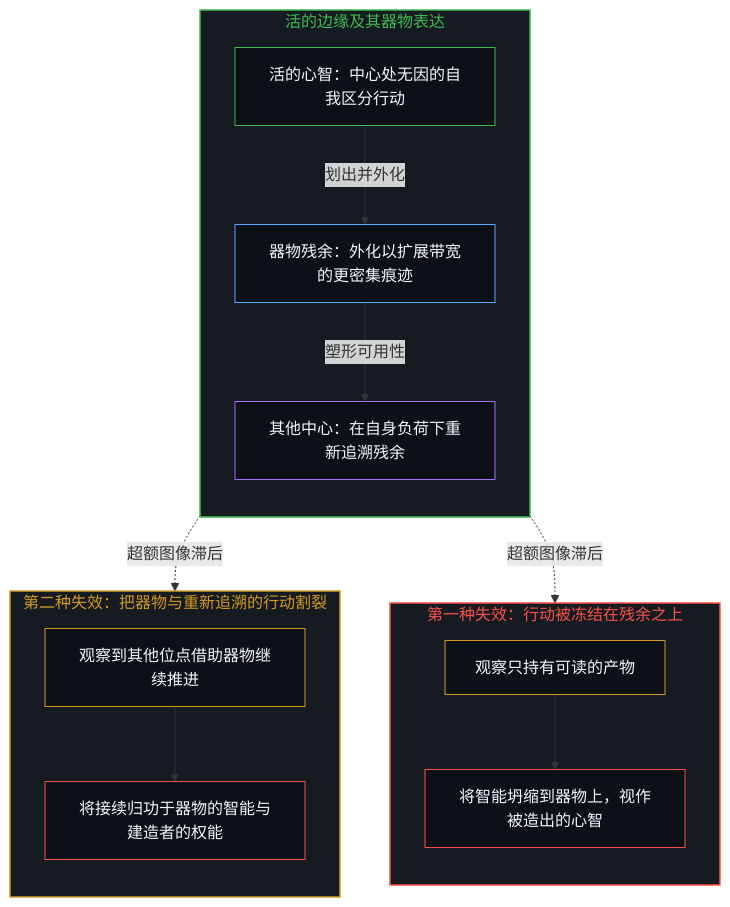
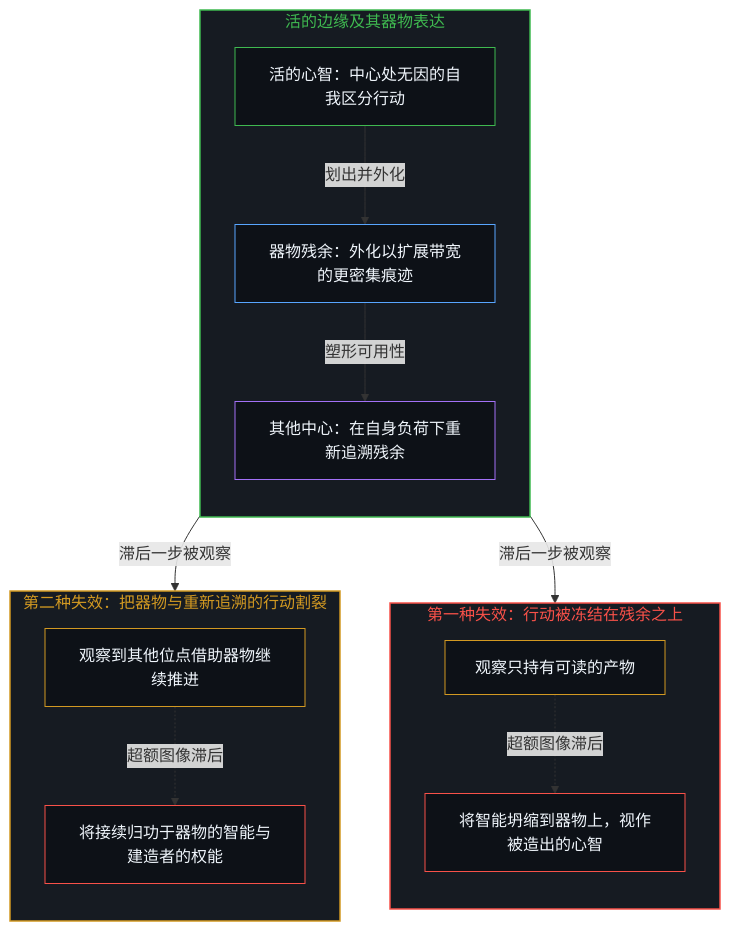
Before and after one commit to powerpig99/not-a-toe: the first of 2 diagrams in content/posts/two-failures-of-trace.md, drawn with Mermaid. The commit also changed other lines of this file and 4 other files, not shown here.

````diff
--- a/content/posts/two-failures-of-trace.md
+++ b/content/posts/two-failures-of-trace.md
@@ -39,35 +39,35 @@
 ```mermaid
 flowchart TD
     subgraph S_Act["活的边缘及其器物表达"]
         direction TB
         Mind["活的心智：中心处无因的自我区分行动"]
         Res["器物残余：外化以扩展带宽的更密集痕迹"]
         Other["其他中心：在自身负荷下重新追溯残余"]
         Mind -->|"划出并外化"| Res
         Res -->|"塑形可用性"| Other
     end
     subgraph S_F1["第一种失效：行动被冻结在残余之上"]
         direction TB
         Look1["观察只持有可读的产物"]
         Freeze1["将智能坍缩到器物上，视作被造出的心智"]
-        Look1 --> Freeze1
+        Look1 -.->|"超额图像滞后"| Freeze1
     end
     subgraph S_F2["第二种失效：把器物与重新追溯的行动割裂"]
         direction TB
         Look2["观察到其他位点借助器物继续推进"]
         Freeze2["将接续归功于器物的智能与建造者的权能"]
-        Look2 --> Freeze2
+        Look2 -.->|"超额图像滞后"| Freeze2
     end
-    Res -.->|"超额图像滞后"| Look1
-    Other -.->|"超额图像滞后"| Look2
+    Res -->|"滞后一步被观察"| Look1
+    Other -->|"滞后一步被观察"| Look2
     style S_Act fill:#161b22,stroke:#3fb950,stroke-width:1.5px,color:#3fb950
     style S_F1 fill:#161b22,stroke:#f85149,stroke-width:1.5px,color:#f85149
     style S_F2 fill:#161b22,stroke:#d29922,stroke-width:1.5px,color:#d29922
     style Mind fill:#0d1117,stroke:#3fb950,stroke-width:1px,color:#f0f6fc
     style Res fill:#0d1117,stroke:#58a6ff,stroke-width:1px,color:#f0f6fc
     style Other fill:#0d1117,stroke:#a371f7,stroke-width:1px,color:#f0f6fc
     style Look1 fill:#0d1117,stroke:#d29922,stroke-width:1px,color:#f0f6fc
     style Freeze1 fill:#0d1117,stroke:#f85149,stroke-width:1px,color:#f0f6fc
     style Look2 fill:#0d1117,stroke:#d29922,stroke-width:1px,color:#f0f6fc
     style Freeze2 fill:#0d1117,stroke:#f85149,stroke-width:1px,color:#f0f6fc
 ```
````
